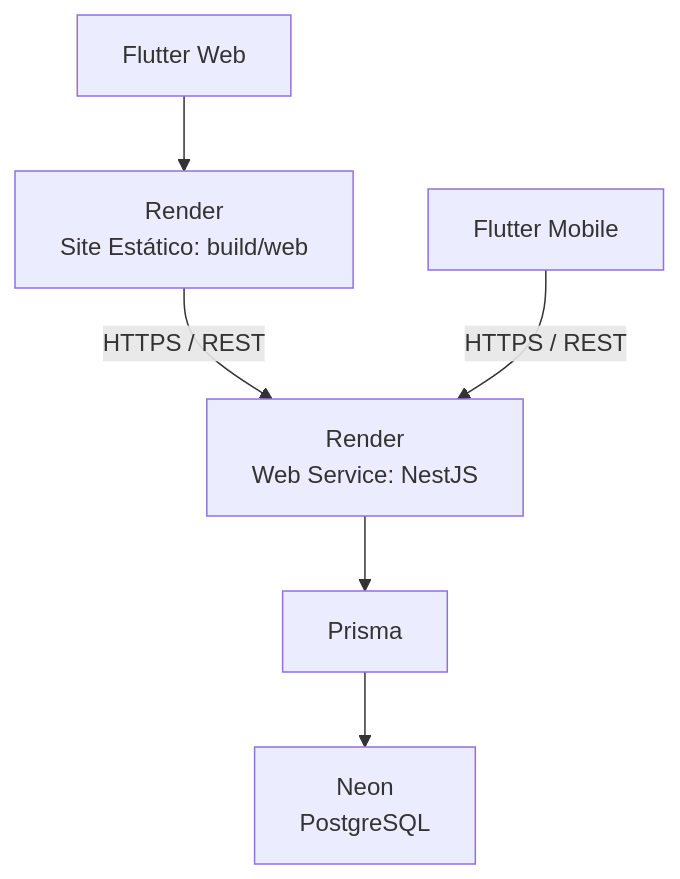
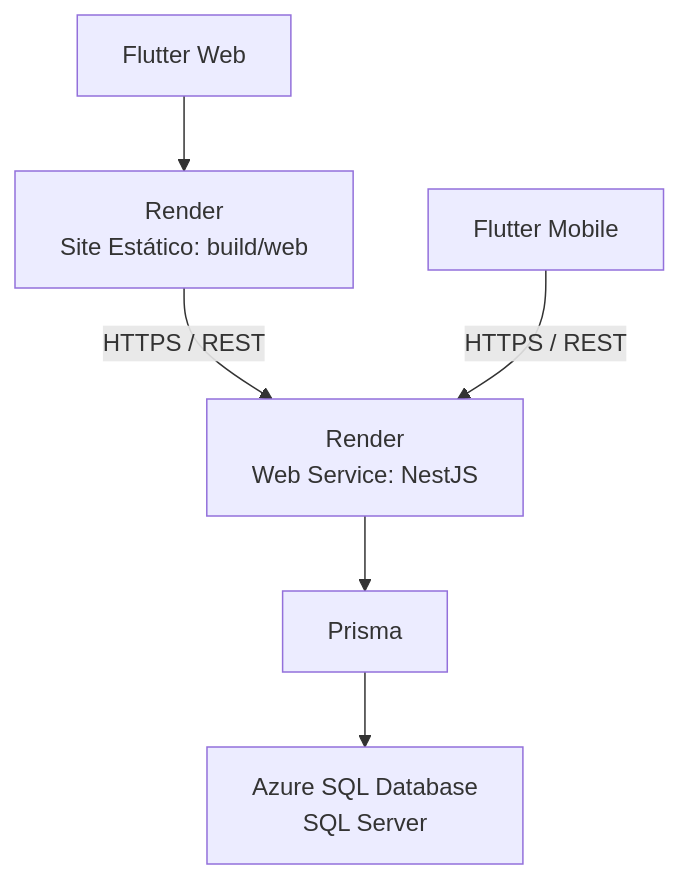
One commit to DanielSameque/Otzar changed the first of 2 diagrams in frontend/docs/08-stack-tecnologica.md. Above: the diagram before and after it, drawn with Mermaid. The commit also changed other lines of this file and 13 other files, not shown here.

Commit message:
Refactor backend to switch from PostgreSQL to SQL Server 2025. Update environment configuration, Docker setup, and Prisma integration. Modify documentation to reflect changes in database technology and connection details. Ensure compatibility with Azure SQL Database for production deployment.

````diff
--- a/frontend/docs/08-stack-tecnologica.md
+++ b/frontend/docs/08-stack-tecnologica.md
@@ -11,15 +11,15 @@
 ```mermaid
 flowchart TD
     A["Flutter Web"]
     M["Flutter Mobile"]
     B["Render<br/>Site Estático: build/web"]
     C["Render<br/>Web Service: NestJS"]
     D["Prisma"]
-    E["Neon<br/>PostgreSQL"]
+    E["Azure SQL Database<br/>SQL Server"]
 
     A --> B
     B -->|"HTTPS / REST"| C
     M -->|"HTTPS / REST"| C
     C --> D
     D --> E
 ```
````
